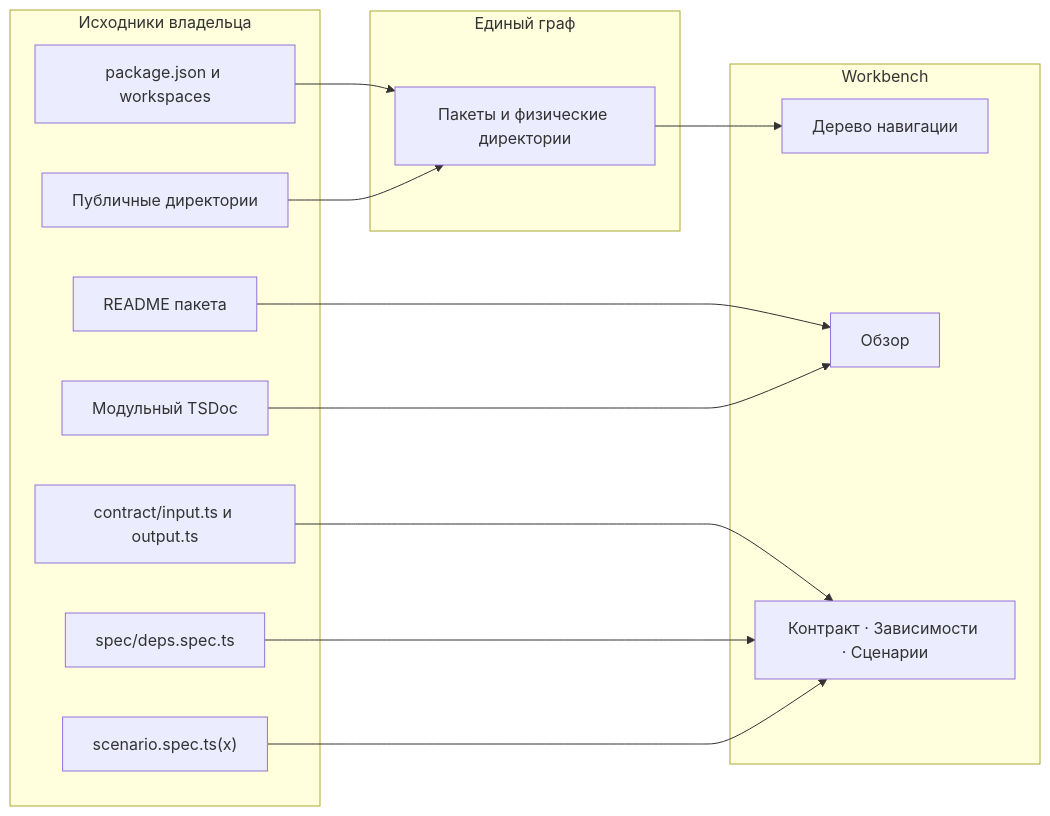
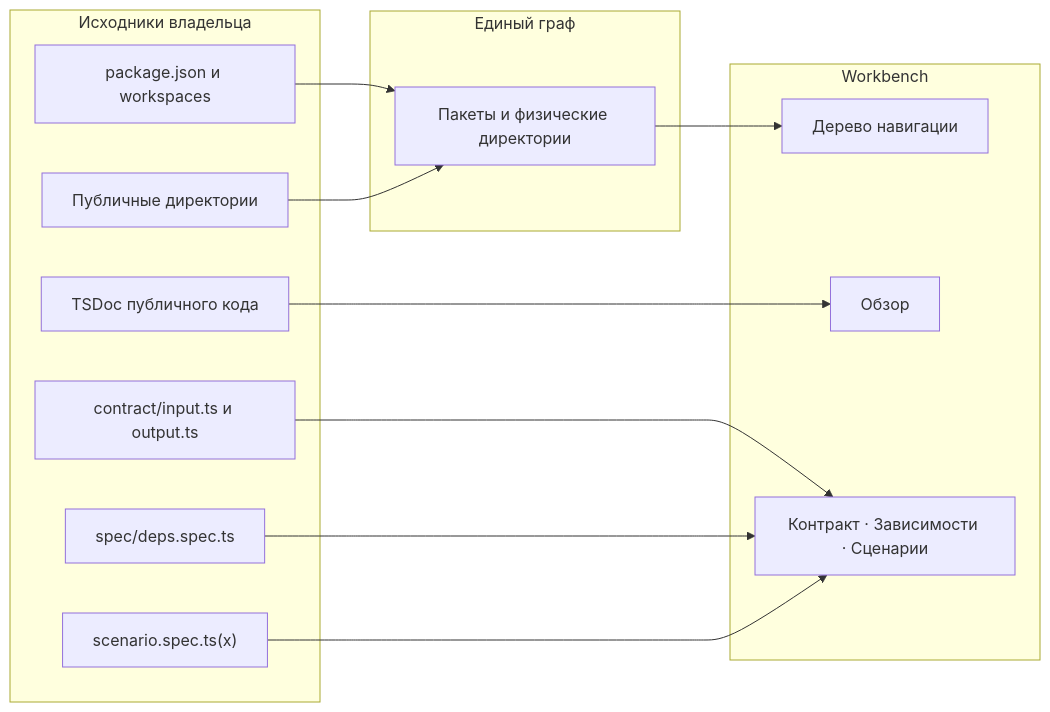
One commit to zavx0z/storybook changed the diagram in archetypes/notes/draft-projections.md. Above: the diagram before and after it, drawn with Mermaid. The commit also changed other lines of this file and 35 other files, not shown here.

````diff
--- a/archetypes/notes/draft-projections.md
+++ b/archetypes/notes/draft-projections.md
@@ -8,28 +9,26 @@
 ```mermaid
 flowchart LR
   subgraph FS["Исходники владельца"]
     PACKAGE["package.json и workspaces"]
     DIRECTORY["Публичные директории"]
-    README["README пакета"]
-    TSDOC["Модульный TSDoc"]
+    TSDOC["TSDoc публичного кода"]
     CONTRACT["contract/input.ts и output.ts"]
     DEPS["spec/deps.spec.ts"]
     SCENARIOS["scenario.spec.ts(x)"]
   end
   subgraph GRAPH["Единый граф"]
     NODES["Пакеты и физические директории"]
   end
   subgraph UI["Workbench"]
     TREE["Дерево навигации"]
     PREVIEW["Обзор"]
     TABS["Контракт · Зависимости · Сценарии"]
   end
   PACKAGE --> NODES
   DIRECTORY --> NODES
   NODES --> TREE
-  README --> PREVIEW
   TSDOC --> PREVIEW
   CONTRACT --> TABS
   DEPS --> TABS
   SCENARIOS --> TABS
 ```
````
